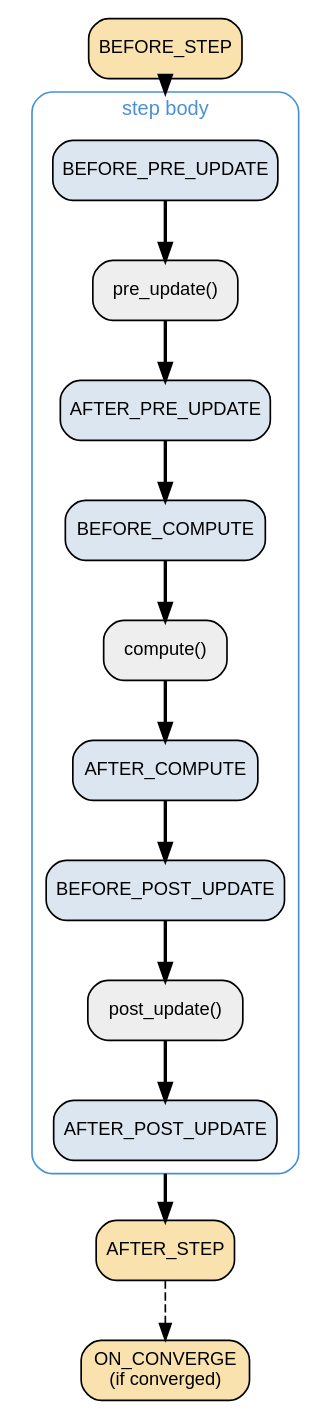
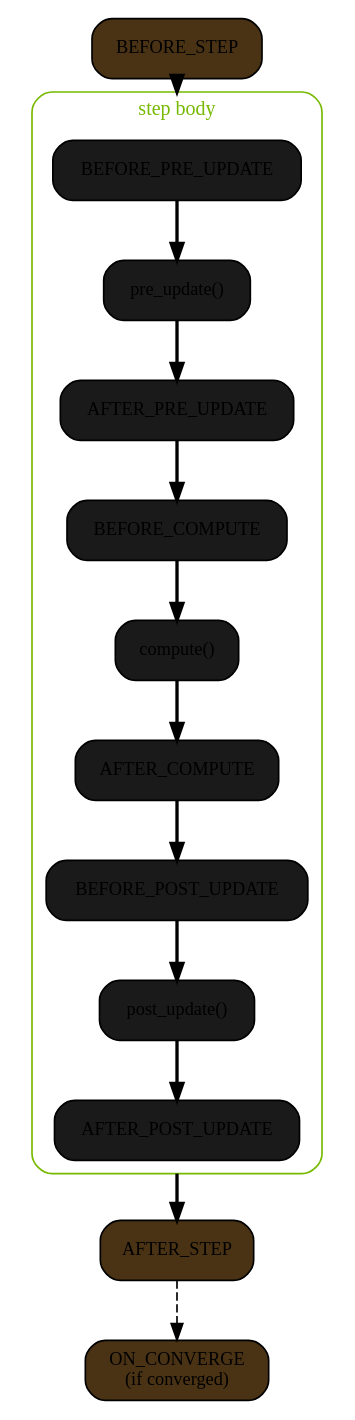
One commit to NVIDIA/nvalchemi-toolkit changed the first of 2 diagrams in docs/modules/dynamics/hooks.rst. Above: the diagram before and after it, drawn with Graphviz. The commit also changed other lines of this file and 11 other files, not shown here.

Commit message:
docs: stabilize rendered diagrams

```diff
--- a/docs/modules/dynamics/hooks.rst
+++ b/docs/modules/dynamics/hooks.rst
@@ -28,46 +28,44 @@
 .. graphviz::
    :caption: DynamicsStage hook firing points within a single step.
 
    digraph dynamics_stages {
        rankdir=TB
        compound=true
-       fontname="Helvetica"
-       node [fontname="Helvetica" fontsize=11 shape=box style="rounded,filled" fillcolor="#dce6f1"]
-       edge [fontname="Helvetica" fontsize=10 style=bold]
+       node [fontsize=11 shape=box style="rounded,filled" fillcolor="#1a1a1a"]
+       edge [fontsize=10 style=bold]
 
-       BEFORE_STEP [label="BEFORE_STEP" fillcolor="#f9e2ae"]
+       BEFORE_STEP [label="BEFORE_STEP" fillcolor="#4a3315"]
 
        subgraph cluster_step {
            label="step body"
            style=rounded
-           color="#4a90d9"
-           fontcolor="#4a90d9"
-           fontname="Helvetica"
+           color="#76b900"
+           fontcolor="#76b900"
            fontsize=12
 
            BEFORE_PRE_UPDATE  [label="BEFORE_PRE_UPDATE"]
-           pre_update         [label="pre_update()" fillcolor="#eeeeee"]
+           pre_update         [label="pre_update()" fillcolor="#1a1a1a"]
            AFTER_PRE_UPDATE   [label="AFTER_PRE_UPDATE"]
 
            BEFORE_COMPUTE     [label="BEFORE_COMPUTE"]
-           compute            [label="compute()" fillcolor="#eeeeee"]
+           compute            [label="compute()" fillcolor="#1a1a1a"]
            AFTER_COMPUTE      [label="AFTER_COMPUTE"]
 
            BEFORE_POST_UPDATE [label="BEFORE_POST_UPDATE"]
-           post_update        [label="post_update()" fillcolor="#eeeeee"]
+           post_update        [label="post_update()" fillcolor="#1a1a1a"]
            AFTER_POST_UPDATE  [label="AFTER_POST_UPDATE"]
 
            BEFORE_PRE_UPDATE -> pre_update -> AFTER_PRE_UPDATE
            AFTER_PRE_UPDATE -> BEFORE_COMPUTE
            BEFORE_COMPUTE -> compute -> AFTER_COMPUTE
            AFTER_COMPUTE -> BEFORE_POST_UPDATE
            BEFORE_POST_UPDATE -> post_update -> AFTER_POST_UPDATE
        }
 
-       AFTER_STEP  [label="AFTER_STEP" fillcolor="#f9e2ae"]
-       ON_CONVERGE [label="ON_CONVERGE\n(if converged)" fillcolor="#f9e2ae"]
+       AFTER_STEP  [label="AFTER_STEP" fillcolor="#4a3315"]
+       ON_CONVERGE [label="ON_CONVERGE\n(if converged)" fillcolor="#4a3315"]
 
        BEFORE_STEP -> BEFORE_PRE_UPDATE [lhead=cluster_step]
        AFTER_POST_UPDATE -> AFTER_STEP [ltail=cluster_step]
        AFTER_STEP -> ON_CONVERGE [style=dashed]
    }
```
